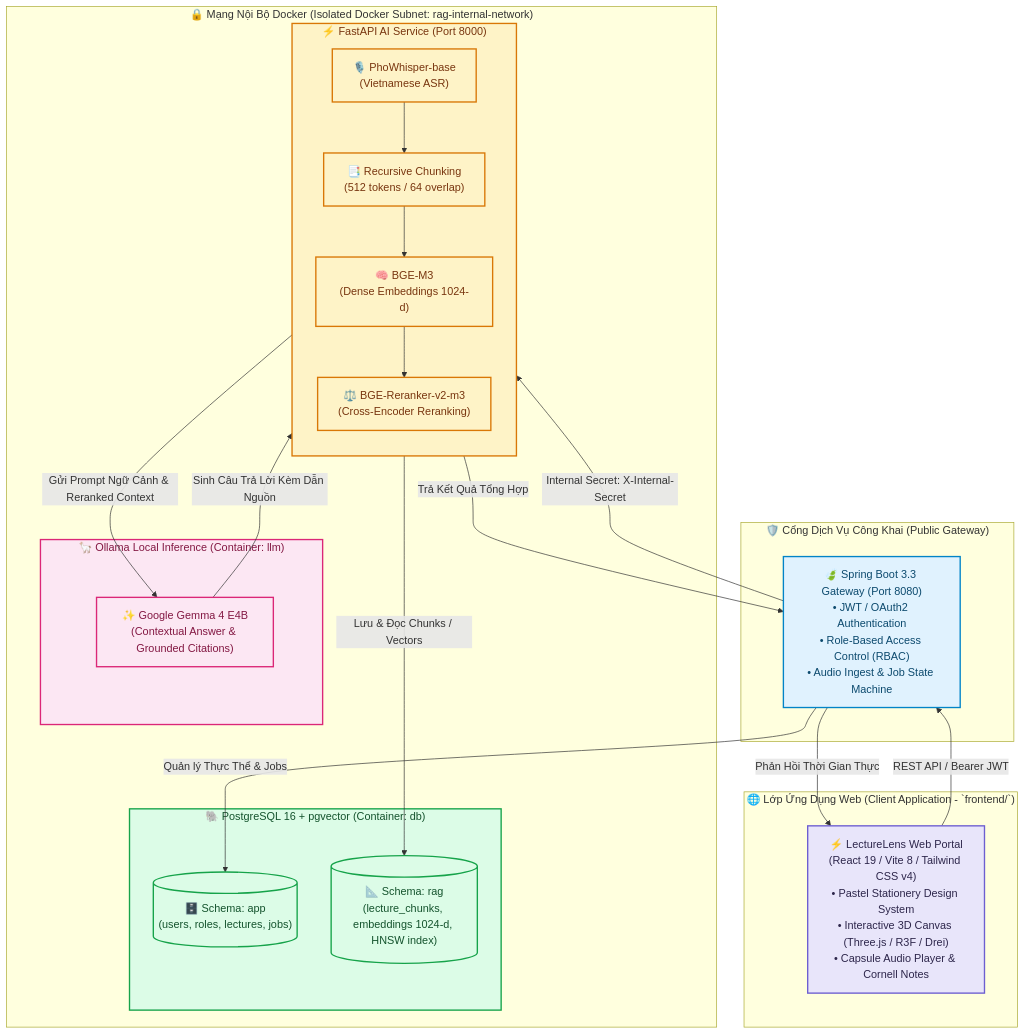
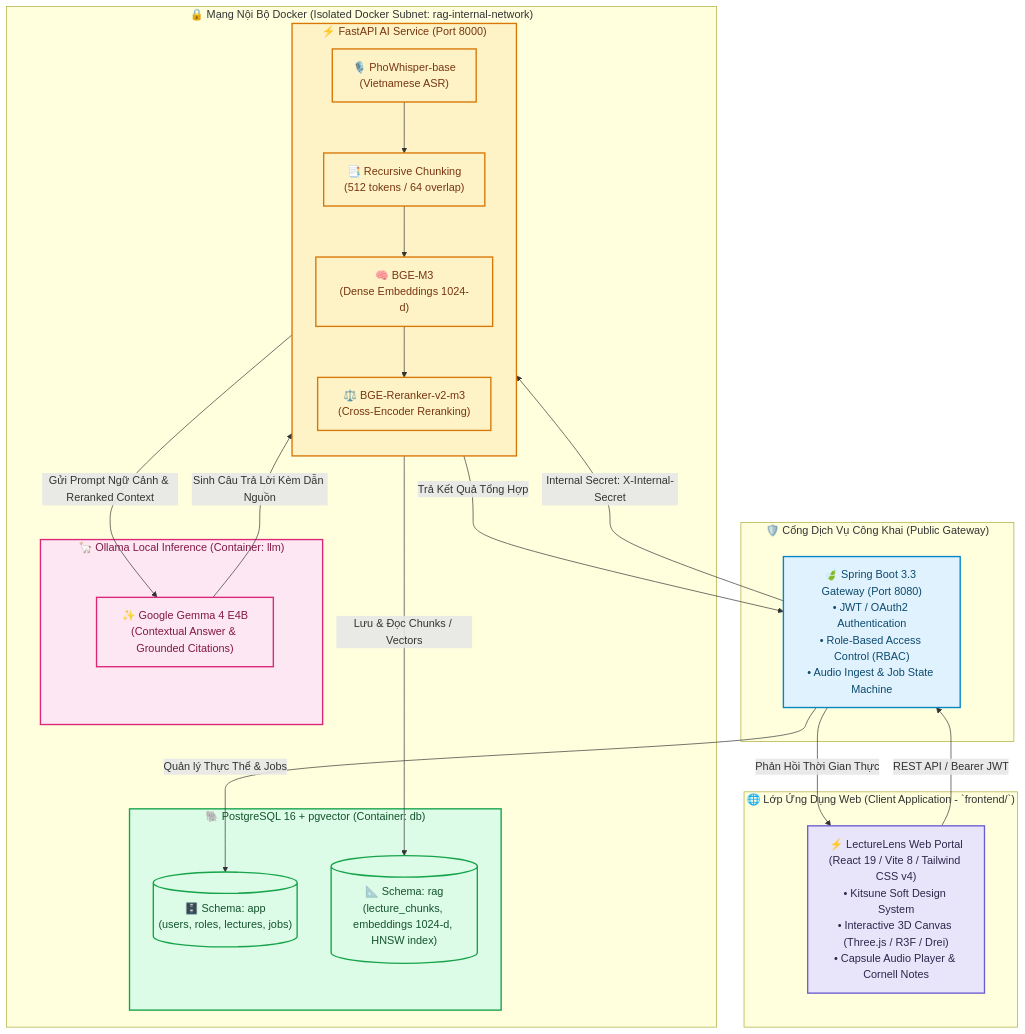
Before and after one commit to cthanhdev/Lecture_Lens: the diagram in README.md, drawn with Mermaid. The commit also changed other lines of this file and 32 other files, not shown here.

````diff
--- a/README.md
+++ b/README.md
@@ -104,52 +107,52 @@
 ```mermaid
 flowchart TB
     subgraph ClientLayer ["🌐 Lớp Ứng Dụng Web (Client Application - `frontend/`)"]
-        WEB["⚡ LectureLens Web Portal<br/>(React 19 / Vite 8 / Tailwind CSS v4)<br/>• Pastel Stationery Design System<br/>• Interactive 3D Canvas (Three.js / R3F / Drei)<br/>• Capsule Audio Player & Cornell Notes"]
+        WEB["⚡ LectureLens Web Portal<br/>(React 19 / Vite 8 / Tailwind CSS v4)<br/>• Kitsune Soft Design System<br/>• Interactive 3D Canvas (Three.js / R3F / Drei)<br/>• Capsule Audio Player & Cornell Notes"]
     end
 
     subgraph PublicGateway ["🛡️ Cổng Dịch Vụ Công Khai (Public Gateway)"]
         SPRING["🍃 Spring Boot 3.3 Gateway (Port 8080)<br/>• JWT / OAuth2 Authentication<br/>• Role-Based Access Control (RBAC)<br/>• Audio Ingest & Job State Machine"]
     end
 
     subgraph PrivateSubnet ["🔒 Mạng Nội Bộ Docker (Isolated Docker Subnet: rag-internal-network)"]
         subgraph AIService ["⚡ FastAPI AI Service (Port 8000)"]
             direction TB
             STT["🎙️ PhoWhisper-base<br/>(Vietnamese ASR)"]
             CHUNK["📑 Recursive Chunking<br/>(512 tokens / 64 overlap)"]
             EMB["🧠 BGE-M3<br/>(Dense Embeddings 1024-d)"]
             RERANK["⚖️ BGE-Reranker-v2-m3<br/>(Cross-Encoder Reranking)"]
             STT --> CHUNK --> EMB
             EMB --> RERANK
         end
 
         subgraph DB ["🐘 PostgreSQL 16 + pgvector (Container: db)"]
             SCHEMA_APP[("🗄️ Schema: app<br/>(users, roles, lectures, jobs)")]
             SCHEMA_RAG[("📐 Schema: rag<br/>(lecture_chunks, embeddings 1024-d, HNSW index)")]
         end
 
         subgraph LLM ["🦙 Ollama Local Inference (Container: llm)"]
             GEMMA["✨ Google Gemma 4 E4B<br/>(Contextual Answer & Grounded Citations)"]
         end
     end
 
     WEB -->|REST API / Bearer JWT| SPRING
     SPRING -->|Internal Secret: X-Internal-Secret| AIService
     AIService -->|Lưu & Đọc Chunks / Vectors| SCHEMA_RAG
     SPRING -->|Quản lý Thực Thể & Jobs| SCHEMA_APP
     AIService -->|Gửi Prompt Ngữ Cảnh & Reranked Context| GEMMA
     GEMMA -->|Sinh Câu Trả Lời Kèm Dẫn Nguồn| AIService
     AIService -->|Trả Kết Quả Tổng Hợp| SPRING
     SPRING -->|Phản Hồi Thời Gian Thực| WEB
 
     classDef client fill:#E8E5FA,stroke:#6D5FD0,stroke-width:2px,color:#2D264B;
     classDef gateway fill:#E0F2FE,stroke:#0284C7,stroke-width:2px,color:#0C4A6E;
     classDef ai fill:#FEF3C7,stroke:#D97706,stroke-width:2px,color:#78350F;
     classDef db fill:#DCFCE7,stroke:#16A34A,stroke-width:2px,color:#14532D;
     classDef llm fill:#FCE7F3,stroke:#DB2777,stroke-width:2px,color:#831843;
 
     class WEB client;
     class SPRING gateway;
     class AIService,STT,CHUNK,EMB,RERANK ai;
     class DB,SCHEMA_APP,SCHEMA_RAG db;
     class LLM,GEMMA llm;
 ```
````
